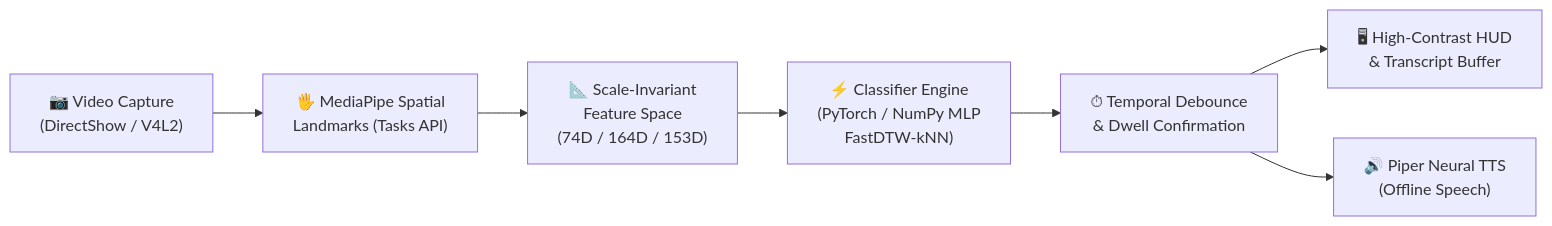
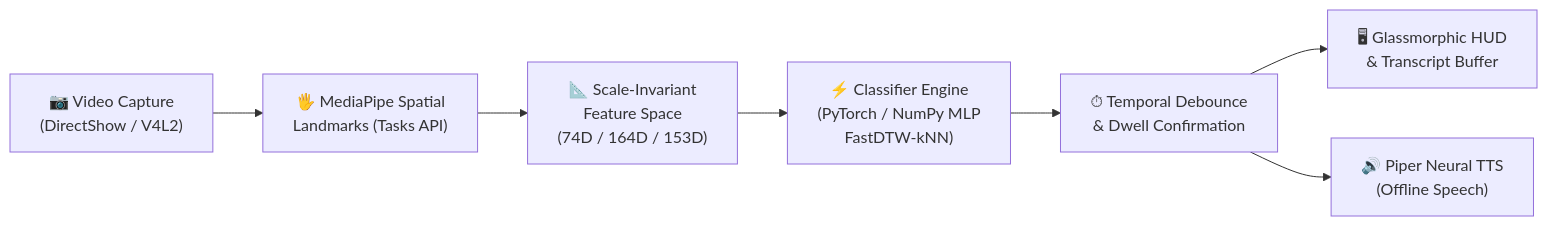
The diagram in README.md (RAZOR-NINJAS/signora), drawn with Mermaid before and after one commit. The commit also changed other lines of this file and 10 other files, not shown here.

First line of the commit message:
feat(ui/hud): Overhaul glassmorphic HUD, repair Piper TTS, elevate TUI dashboard, and pure markdown docs

````diff
--- a/README.md
+++ b/README.md
@@ -172,9 +155,9 @@
 ```mermaid
 flowchart LR
     A["📷 Video Capture\n(DirectShow / V4L2)"] --> B["🖐 MediaPipe Spatial\nLandmarks (Tasks API)"]
     B --> C["📐 Scale-Invariant\nFeature Space\n(74D / 164D / 153D)"]
     C --> D["⚡ Classifier Engine\n(PyTorch / NumPy MLP\nFastDTW-kNN)"]
     D --> E["⏱ Temporal Debounce\n& Dwell Confirmation"]
-    E --> F["🖥 High-Contrast HUD\n& Transcript Buffer"]
+    E --> F["🖥 Glassmorphic HUD\n& Transcript Buffer"]
     E --> G["🔊 Piper Neural TTS\n(Offline Speech)"]
 ```
````
